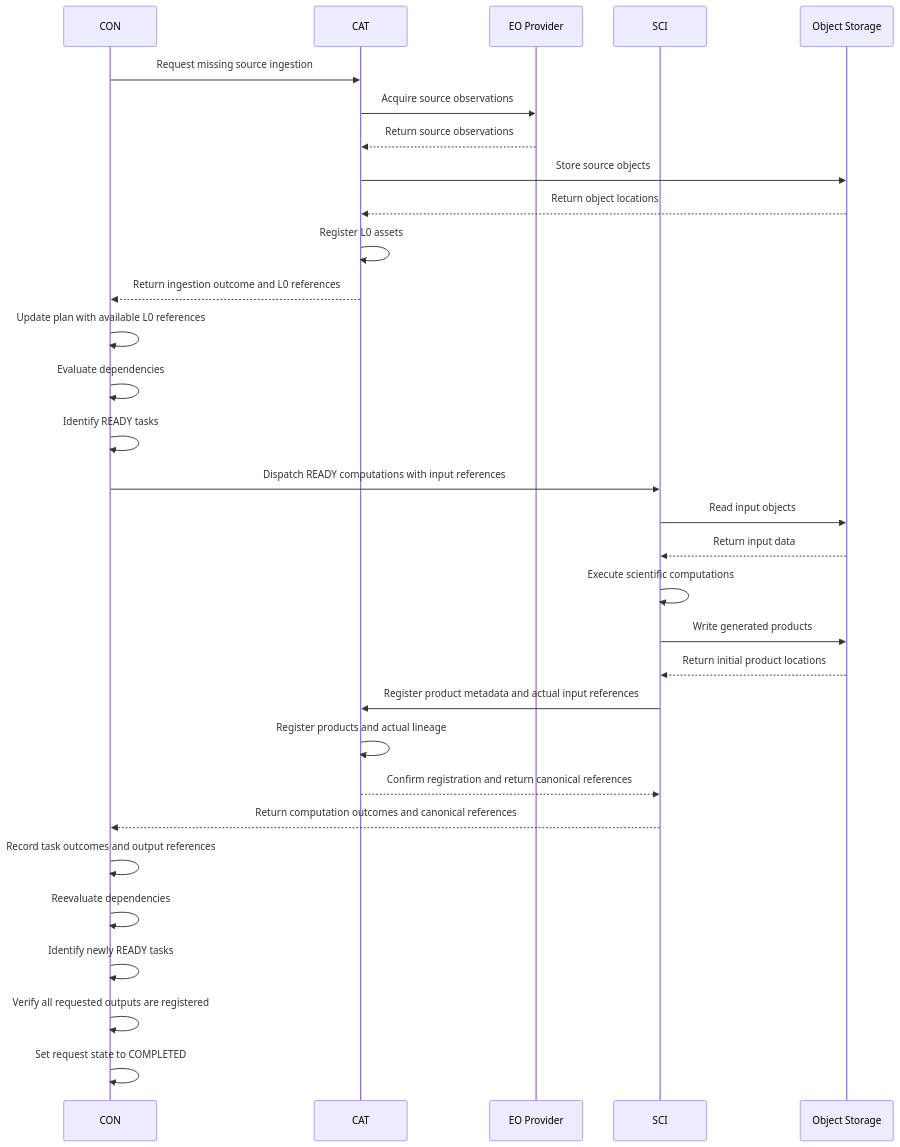
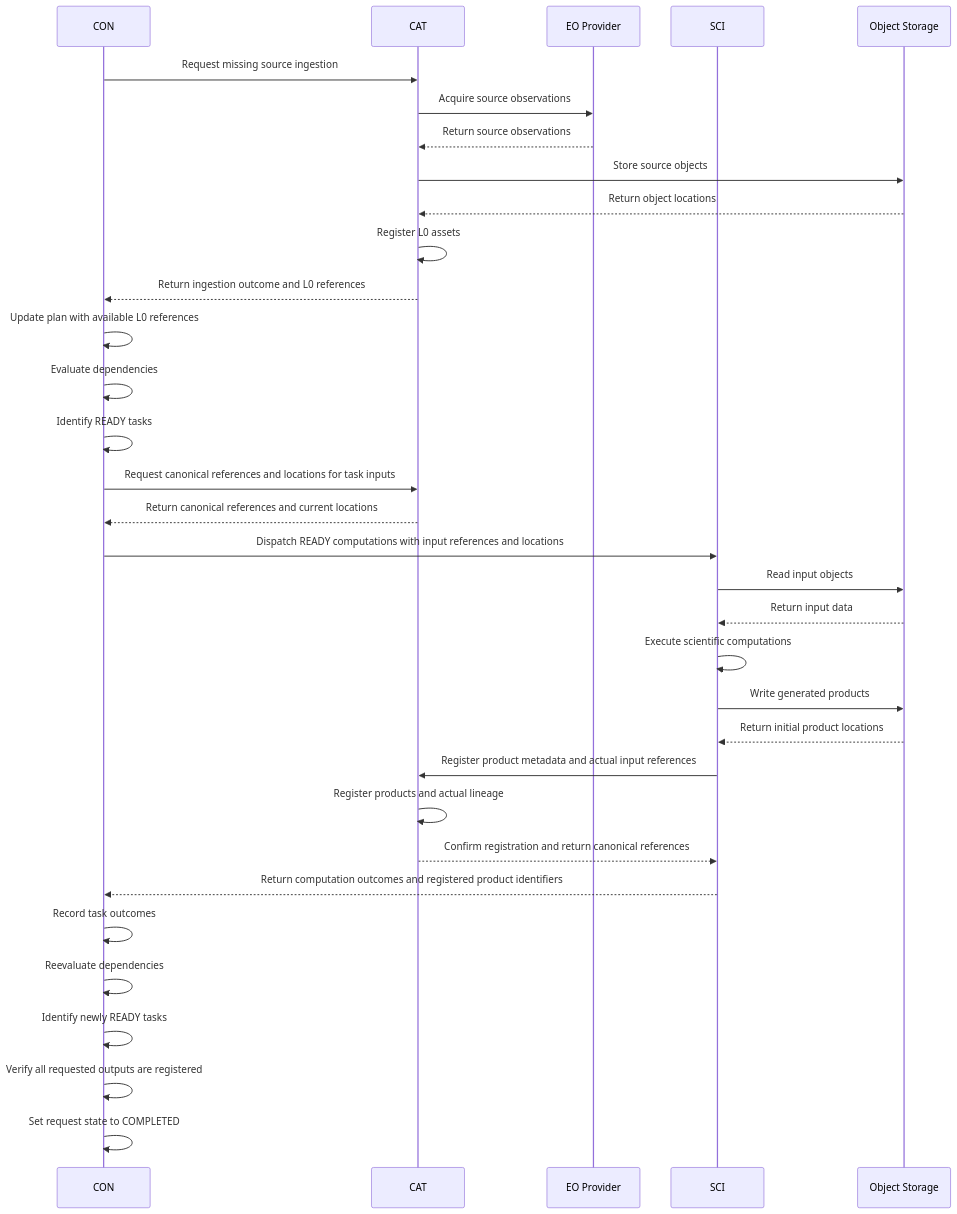
One commit to arnaudsomville/MEOGAP changed the diagram in documentation/architecture/sequence_diagrams/execute-analysis.md. Above: the diagram before and after it, drawn with Mermaid. The commit also changed other lines of this file, not shown here.

Commit message:
docs: keep canonical asset references authoritative in CAT

````diff
--- a/documentation/architecture/sequence_diagrams/execute-analysis.md
+++ b/documentation/architecture/sequence_diagrams/execute-analysis.md
@@ -15,37 +15,39 @@
 ```mermaid
 sequenceDiagram
     participant CON
     participant CAT
     participant EO as EO Provider
     participant SCI
     participant S3 as Object Storage
 
     CON->>CAT: Request missing source ingestion
     CAT->>EO: Acquire source observations
     EO-->>CAT: Return source observations
     CAT->>S3: Store source objects
     S3-->>CAT: Return object locations
     CAT->>CAT: Register L0 assets
     CAT-->>CON: Return ingestion outcome and L0 references
 
     CON->>CON: Update plan with available L0 references
     CON->>CON: Evaluate dependencies
     CON->>CON: Identify READY tasks
-    CON->>SCI: Dispatch READY computations with input references
+    CON->>CAT: Request canonical references and locations for task inputs
+    CAT-->>CON: Return canonical references and current locations
+    CON->>SCI: Dispatch READY computations with input references and locations
 
     SCI->>S3: Read input objects
     S3-->>SCI: Return input data
     SCI->>SCI: Execute scientific computations
     SCI->>S3: Write generated products
     S3-->>SCI: Return initial product locations
     SCI->>CAT: Register product metadata and actual input references
     CAT->>CAT: Register products and actual lineage
     CAT-->>SCI: Confirm registration and return canonical references
-    SCI-->>CON: Return computation outcomes and canonical references
-    CON->>CON: Record task outcomes and output references
+    SCI-->>CON: Return computation outcomes and registered product identifiers
+    CON->>CON: Record task outcomes
     CON->>CON: Reevaluate dependencies
     CON->>CON: Identify newly READY tasks
 
     CON->>CON: Verify all requested outputs are registered
     CON->>CON: Set request state to COMPLETED
 ```
````
